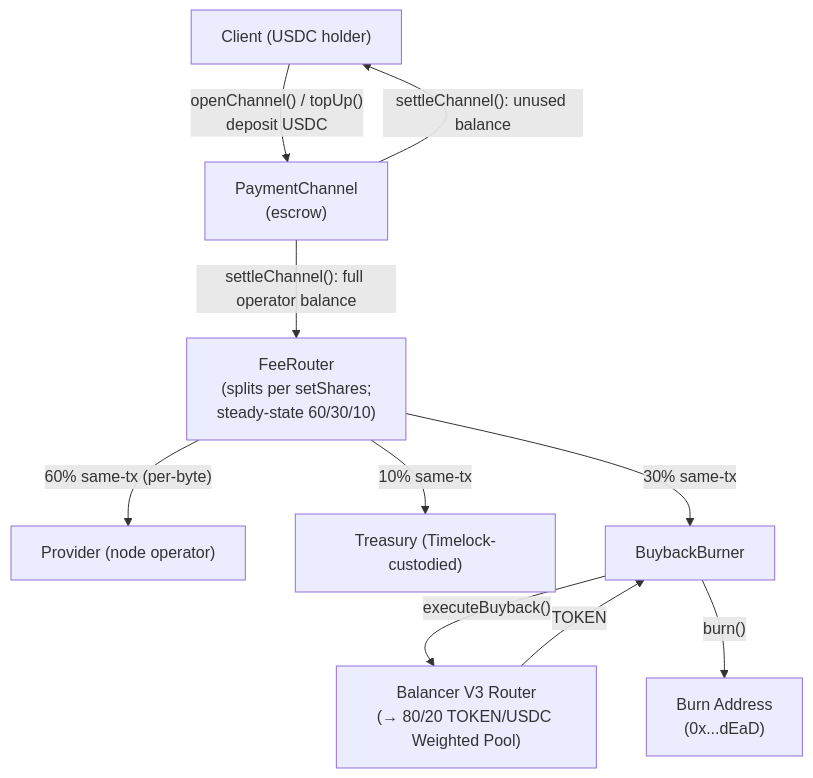
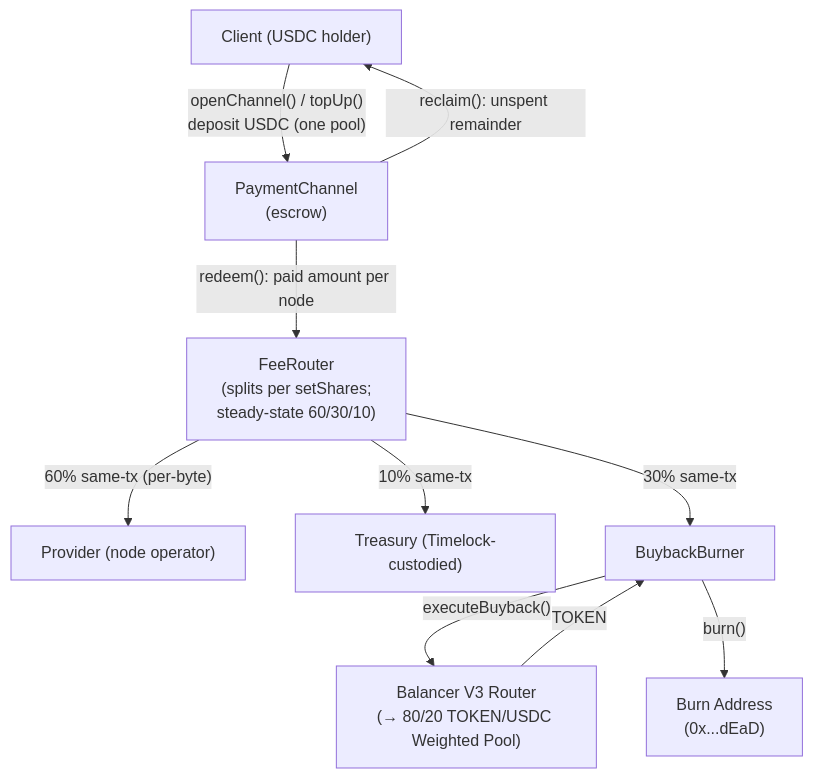
The fourth of 5 diagrams in adr/016-contract-interactions.md (decdn/decdn), drawn with Mermaid before and after one commit. The commit also changed other lines of this file and 5 other files, not shown here.

````diff
--- a/adr/016-contract-interactions.md
+++ b/adr/016-contract-interactions.md
@@ -531,21 +533,21 @@
 ```mermaid
 flowchart TD
     Client["Client (USDC holder)"]
     PC["PaymentChannel<br/>(escrow)"]
     FR["FeeRouter<br/>(splits per setShares;<br/>steady-state 60/30/10)"]
     Provider["Provider (node operator)"]
     Treasury["Treasury (Timelock-custodied)"]
     BB["BuybackBurner"]
     BAL["Balancer V3 Router<br/>(→ 80/20 TOKEN/USDC Weighted Pool)"]
     BURN["Burn Address<br/>(0x...dEaD)"]
 
-    Client -->|"openChannel() / topUp()<br/>deposit USDC"| PC
-    PC -->|"settleChannel(): full operator balance"| FR
-    PC -->|"settleChannel(): unused balance"| Client
+    Client -->|"openChannel() / topUp()<br/>deposit USDC (one pool)"| PC
+    PC -->|"redeem(): paid amount per node"| FR
+    PC -->|"reclaim(): unspent remainder"| Client
     FR -->|"60% same-tx (per-byte)"| Provider
     FR -->|"30% same-tx"| BB
     FR -->|"10% same-tx"| Treasury
     BB -->|"executeBuyback()"| BAL
     BAL -->|"TOKEN"| BB
     BB -->|"burn()"| BURN
 ```
````
